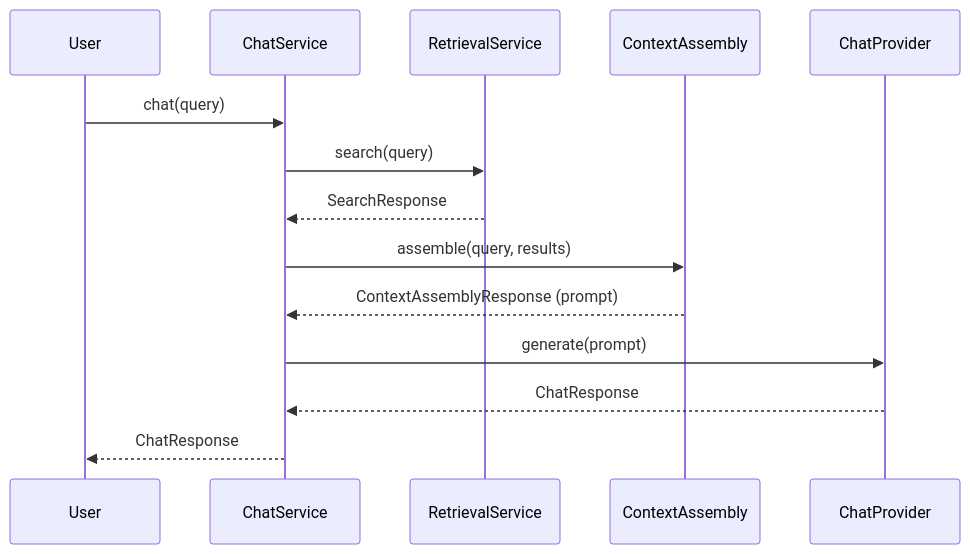
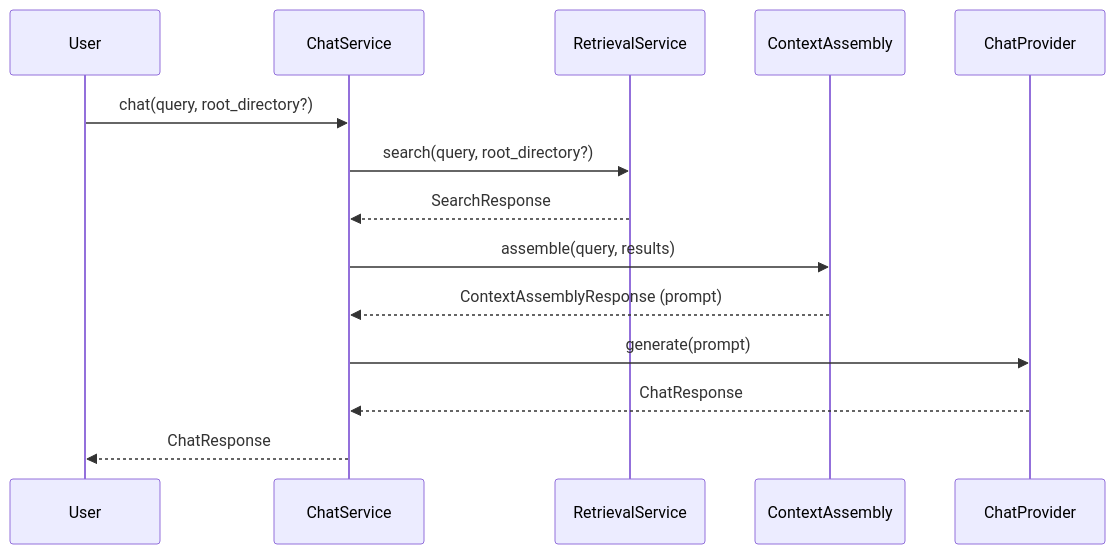
One commit to Smit-whitespace/repository-intelligence-platform changed the sixth of 9 diagrams in docs/architecture/diagrams/README.md. Above: the diagram before and after it, drawn with Mermaid. The commit also changed other lines of this file and 75 other files, not shown here.

````diff
--- a/docs/architecture/diagrams/README.md
+++ b/docs/architecture/diagrams/README.md
@@ -104,17 +107,17 @@
 ```mermaid
 sequenceDiagram
     participant User
     participant CS as ChatService
     participant RS as RetrievalService
     participant CA as ContextAssembly
     participant LLM as ChatProvider
 
-    User->>CS: chat(query)
-    CS->>RS: search(query)
+    User->>CS: chat(query, root_directory?)
+    CS->>RS: search(query, root_directory?)
     RS-->>CS: SearchResponse
     CS->>CA: assemble(query, results)
     CA-->>CS: ContextAssemblyResponse (prompt)
     CS->>LLM: generate(prompt)
     LLM-->>CS: ChatResponse
     CS-->>User: ChatResponse
 ```
````
